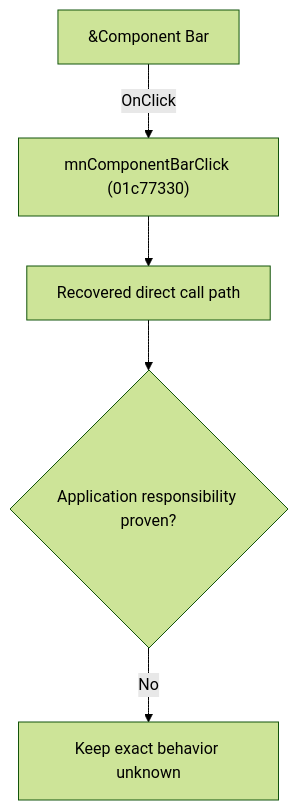
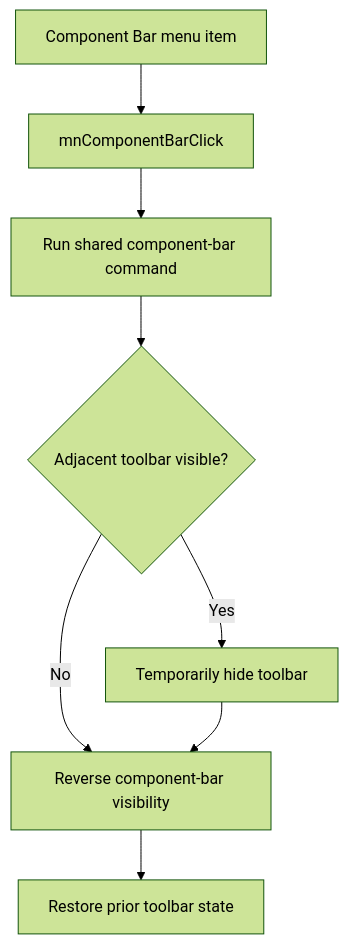
The diagram in docs/ui-controls/schematiceditor/mncomponentbar-8c86bf207e.md (MovGP0/TIARA), drawn with Mermaid (forest theme) before and after one commit. The commit also changed other lines of this file and 241 other files, not shown here.

````diff
--- a/docs/ui-controls/schematiceditor/mncomponentbar-8c86bf207e.md
+++ b/docs/ui-controls/schematiceditor/mncomponentbar-8c86bf207e.md
@@ -27,7 +20,10 @@
 ```mermaid
 flowchart TD
-    control["&Component Bar"] -->|"OnClick"| handler["mnComponentBarClick (01c77330)"]
-    handler --> recovered["Recovered direct call path"]
-    recovered --> gap{"Application responsibility proven?"}
-    gap -->|"No"| blocked["Keep exact behavior unknown"]
+    control["Component Bar menu item"] --> handler["mnComponentBarClick"]
+    handler --> command["Run shared component-bar command"]
+    command --> toolbar{"Adjacent toolbar visible?"}
+    toolbar -->|"Yes"| hide["Temporarily hide toolbar"]
+    toolbar -->|"No"| toggle["Reverse component-bar visibility"]
+    hide --> toggle
+    toggle --> restore["Restore prior toolbar state"]
 ```
````
